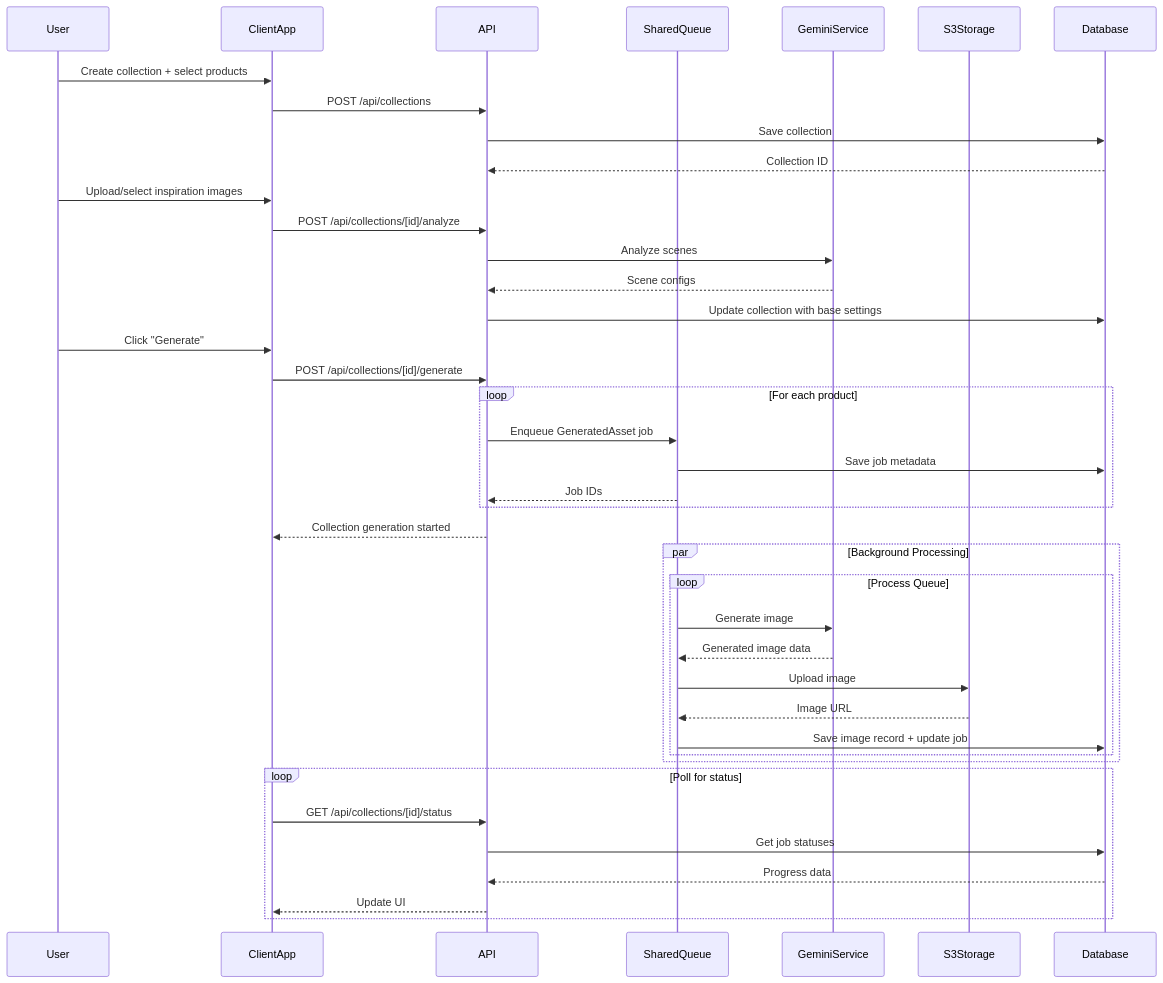
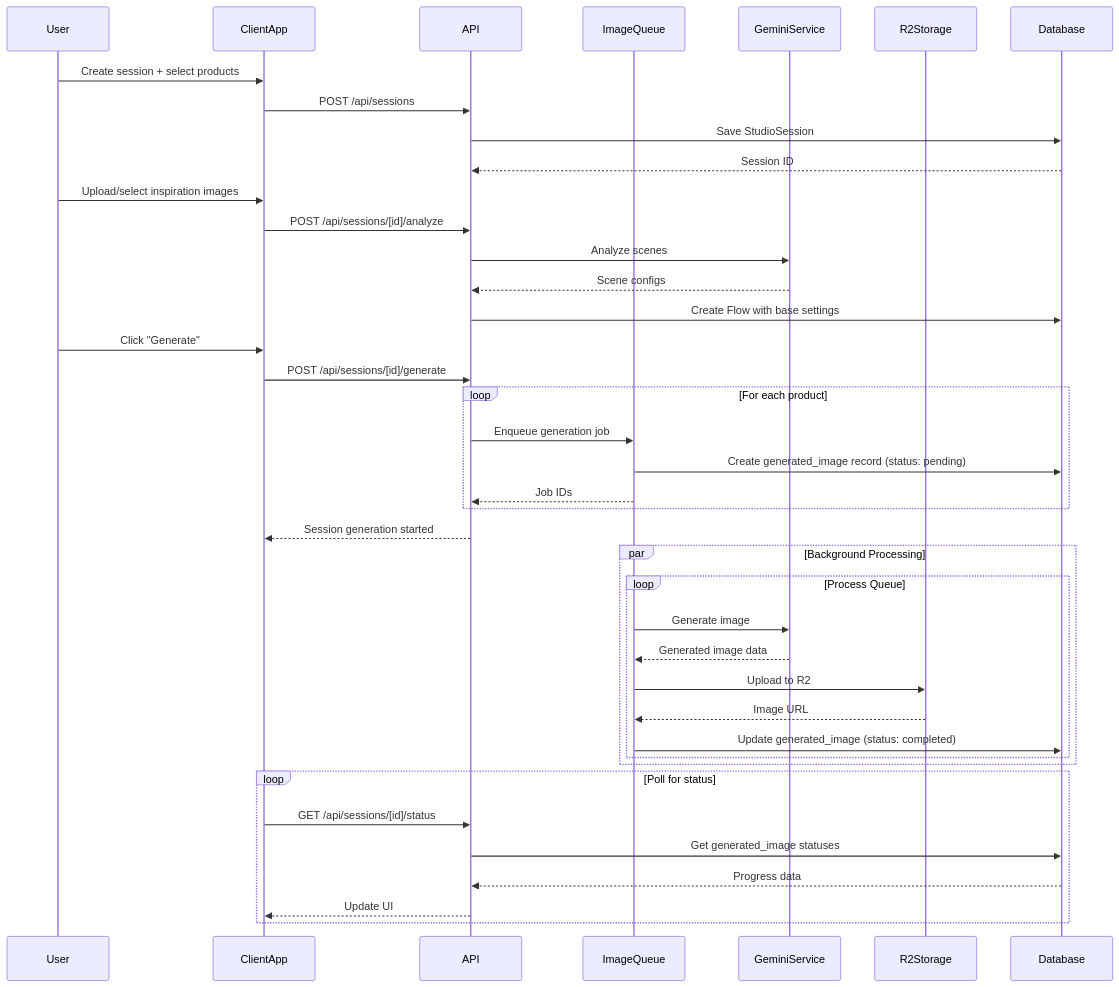
One commit to shlior7/epox-monorepo changed the second of 2 diagrams in apps/scenergy-visualizer/design-log/001-architecture-infrastructure.md. Above: the diagram before and after it, drawn with Mermaid. The commit also changed other lines of this file and 8 other files, not shown here.

````diff
--- a/apps/scenergy-visualizer/design-log/001-architecture-infrastructure.md
+++ b/apps/scenergy-visualizer/design-log/001-architecture-infrastructure.md
@@ -184,49 +205,49 @@
 ```mermaid
 sequenceDiagram
     participant User
     participant ClientApp
     participant API
-    participant SharedQueue
+    participant ImageQueue
     participant GeminiService
-    participant S3Storage
+    participant R2Storage
     participant Database
 
-    User->>ClientApp: Create collection + select products
-    ClientApp->>API: POST /api/collections
-    API->>Database: Save collection
-    Database-->>API: Collection ID
+    User->>ClientApp: Create session + select products
+    ClientApp->>API: POST /api/sessions
+    API->>Database: Save StudioSession
+    Database-->>API: Session ID
 
     User->>ClientApp: Upload/select inspiration images
-    ClientApp->>API: POST /api/collections/[id]/analyze
+    ClientApp->>API: POST /api/sessions/[id]/analyze
     API->>GeminiService: Analyze scenes
     GeminiService-->>API: Scene configs
-    API->>Database: Update collection with base settings
+    API->>Database: Create Flow with base settings
 
     User->>ClientApp: Click "Generate"
-    ClientApp->>API: POST /api/collections/[id]/generate
+    ClientApp->>API: POST /api/sessions/[id]/generate
 
     loop For each product
-        API->>SharedQueue: Enqueue GeneratedAsset job
-        SharedQueue->>Database: Save job metadata
-        SharedQueue-->>API: Job IDs
+        API->>ImageQueue: Enqueue generation job
+        ImageQueue->>Database: Create generated_image record (status: pending)
+        ImageQueue-->>API: Job IDs
     end
 
-    API-->>ClientApp: Collection generation started
+    API-->>ClientApp: Session generation started
 
     par Background Processing
         loop Process Queue
-            SharedQueue->>GeminiService: Generate image
-            GeminiService-->>SharedQueue: Generated image data
-            SharedQueue->>S3Storage: Upload image
-            S3Storage-->>SharedQueue: Image URL
-            SharedQueue->>Database: Save image record + update job
+            ImageQueue->>GeminiService: Generate image
+            GeminiService-->>ImageQueue: Generated image data
+            ImageQueue->>R2Storage: Upload to R2
+            R2Storage-->>ImageQueue: Image URL
+            ImageQueue->>Database: Update generated_image (status: completed)
         end
     end
 
     loop Poll for status
-        ClientApp->>API: GET /api/collections/[id]/status
-        API->>Database: Get job statuses
+        ClientApp->>API: GET /api/sessions/[id]/status
+        API->>Database: Get generated_image statuses
         Database-->>API: Progress data
         API-->>ClientApp: Update UI
     end
 ```
````
